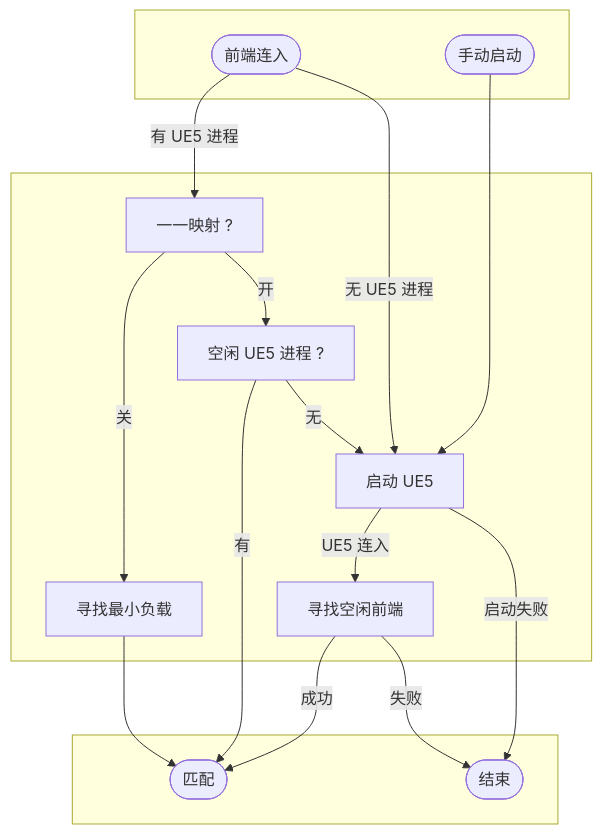
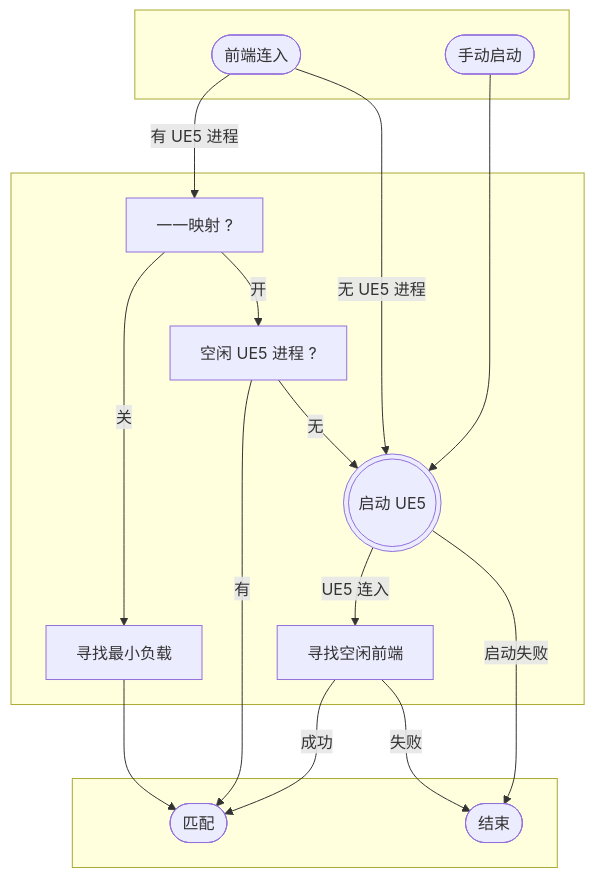
One commit to Mu-L/peer-stream changed the diagram in README-zh.md. Above: the diagram before and after it, drawn with Mermaid.

````diff
--- a/README-zh.md
+++ b/README-zh.md
@@ -65,34 +65,34 @@
 ```mermaid
 flowchart TD;
     subgraph   
         finish([结束]);
         match([匹配]);
     end
 
     subgraph  
         UE5([前端连入]);
         manual([手动启动])
     end
 
     subgraph  
         start --UE5 连入--> 寻找空闲前端;
         idle --有--> match;
         start --启动失败--> finish;
         map121 --关--> min --> match;  
        
         map121[一一映射 ?];
-        start[启动 UE5];
+        start(((启动 UE5)));
         idle[空闲 UE5 进程 ?];
         min[寻找最小负载];
     
         idle --无--> start;
         UE5 -- 有 UE5 进程 --> map121;
         map121 --开--> idle; 
         UE5 -- 无 UE5 进程 --> start;
        
         寻找空闲前端 --成功--> match;
         寻找空闲前端 --失败--> finish;
 
-        manual  ----> start;
+        manual  --> start;
     end
 ```
````
